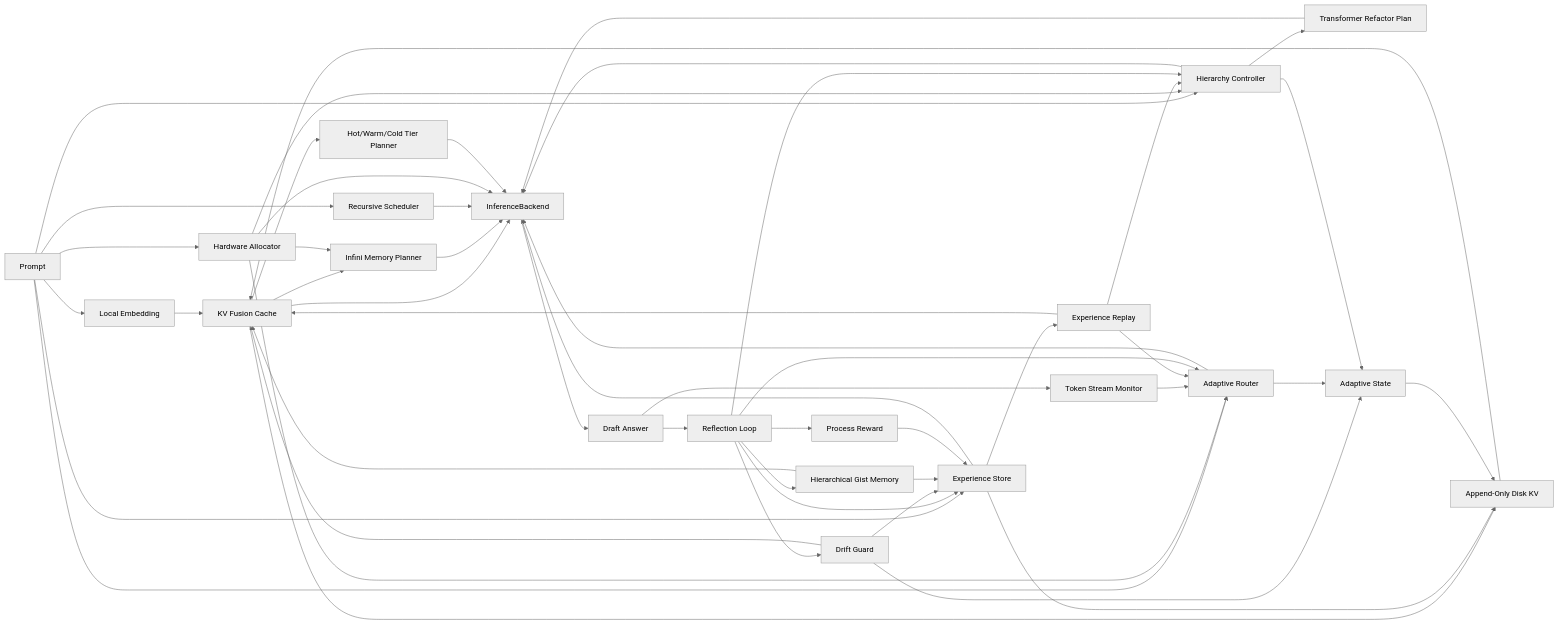
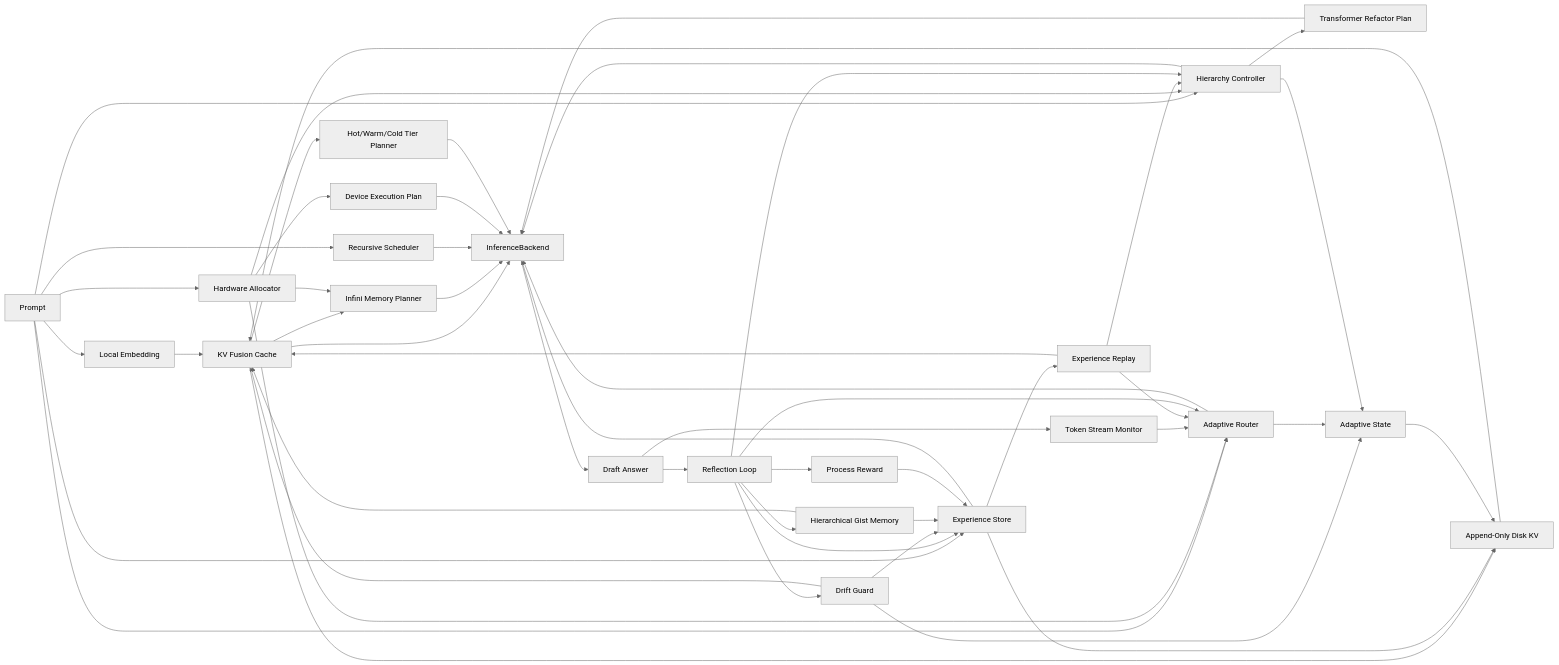
Before and after one commit to yanghao1143/rust-norion: the diagram in README.md, drawn with Mermaid (neutral theme). The commit also changed other lines of this file and 6 other files, not shown here.

Commit message:
Add universal device execution plans

````diff
--- a/README.md
+++ b/README.md
@@ -310,51 +331,52 @@
 ```mermaid
 flowchart LR
     Prompt[Prompt] --> Embed[Local Embedding]
     Embed --> Memory[KV Fusion Cache]
     Memory --> Infini[Infini Memory Planner]
     Memory --> DiskKV[Append-Only Disk KV]
     Memory --> Tiers[Hot/Warm/Cold Tier Planner]
     Prompt --> Router[Adaptive Router]
     Prompt --> Hierarchy[Hierarchy Controller]
     Prompt --> Recursive[Recursive Scheduler]
     Prompt --> Hardware[Hardware Allocator]
+    Hardware --> DeviceExec[Device Execution Plan]
     Prompt --> Experience[Experience Store]
     Hierarchy --> Transformer[Transformer Refactor Plan]
     Memory --> Backend[InferenceBackend]
     Infini --> Backend
     Recursive --> Backend
     Hardware --> Router
     Hardware --> Infini
     Hardware --> Hierarchy
-    Hardware --> Backend
+    DeviceExec --> Backend
     DiskKV --> Memory
     Tiers --> Backend
     Experience --> Backend
     Transformer --> Backend
     Router --> Backend
     Hierarchy --> Backend
     Backend --> Draft[Draft Answer]
     Draft --> Stream[Token Stream Monitor]
     Draft --> Reflect[Reflection Loop]
     Reflect --> Drift[Drift Guard]
     Reflect --> Gist[Hierarchical Gist Memory]
     Reflect --> Reward[Process Reward]
     Stream --> Router
     Reflect --> Experience[Experience Store]
     Drift --> Experience
     Drift --> Memory
     Drift --> Adaptive
     Gist --> Experience
     Gist --> Memory
     Reward --> Experience
     Experience --> Replay[Experience Replay]
     Replay --> Router
     Replay --> Hierarchy
     Replay --> Memory
     Experience --> DiskKV
     Reflect --> Router
     Reflect --> Hierarchy
     Router --> Adaptive[Adaptive State]
     Hierarchy --> Adaptive
     Adaptive --> DiskKV
 ```
````
